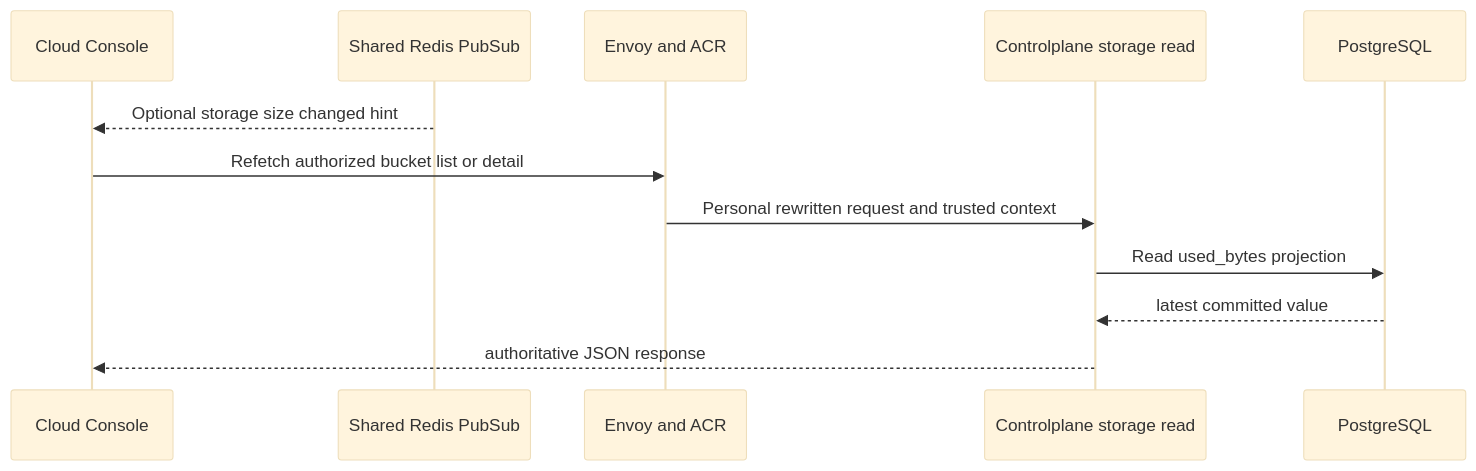
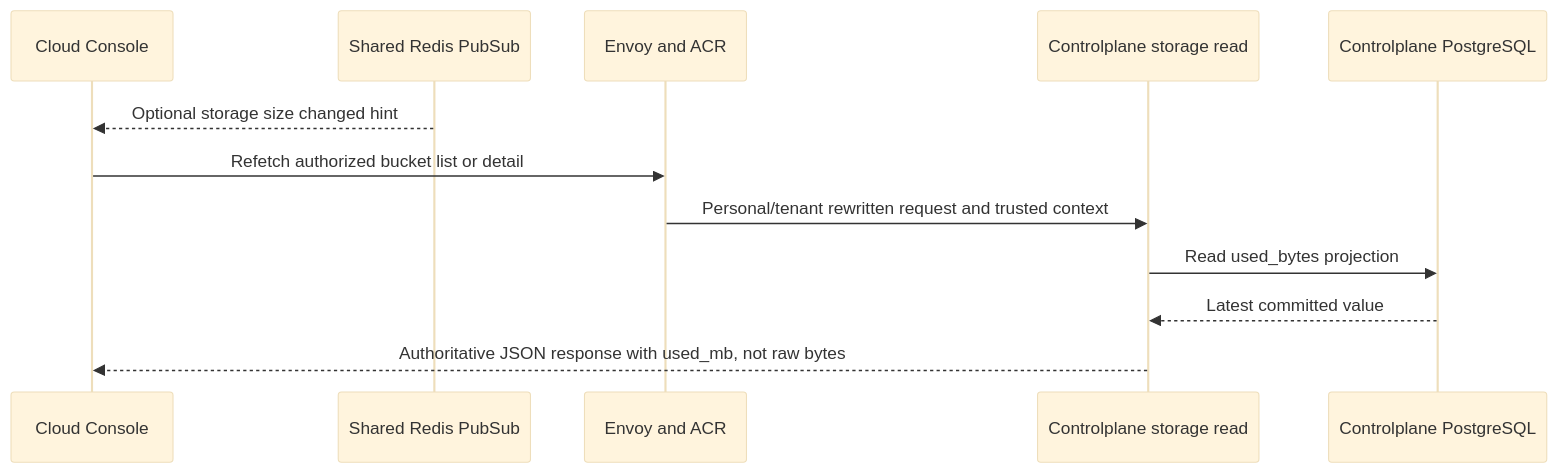
Before and after one commit to phucle996/aurora: the third of 3 diagrams in god_view/storage/storage_bucket_usage_projection_god_view_workflow.md, drawn with Mermaid (base theme). The commit also changed other lines of this file and 59 other files, not shown here.

````diff
--- a/god_view/storage/storage_bucket_usage_projection_god_view_workflow.md
+++ b/god_view/storage/storage_bucket_usage_projection_god_view_workflow.md
@@ -123,15 +138,15 @@
 ```mermaid
 sequenceDiagram
     participant U as Cloud Console
     participant R as Shared Redis PubSub
     participant E as Envoy and ACR
     participant CP as Controlplane storage read
-    participant PG as PostgreSQL
+    participant PG as Controlplane PostgreSQL
 
     R-->>U: Optional storage size changed hint
     U->>E: Refetch authorized bucket list or detail
-    E->>CP: Personal rewritten request and trusted context
+    E->>CP: Personal/tenant rewritten request and trusted context
     CP->>PG: Read used_bytes projection
-    PG-->>CP: latest committed value
-    CP-->>U: authoritative JSON response
+    PG-->>CP: Latest committed value
+    CP-->>U: Authoritative JSON response with used_mb, not raw bytes
 ```
````
